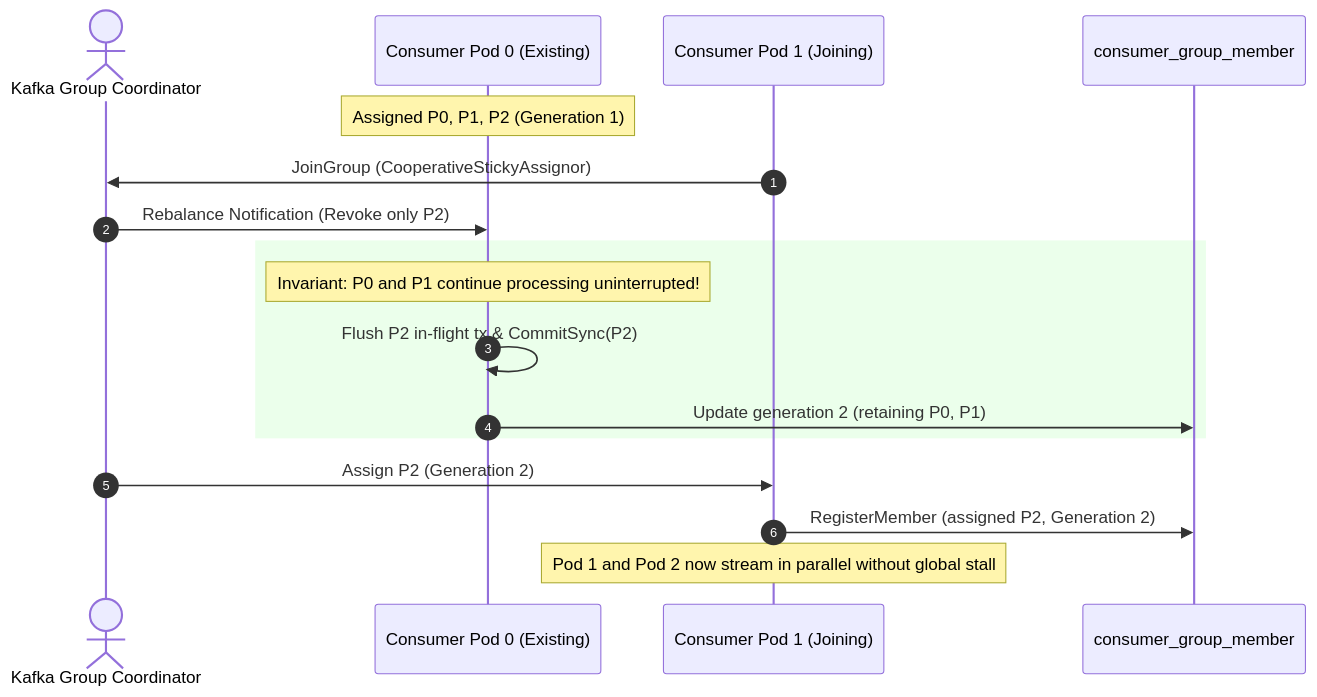
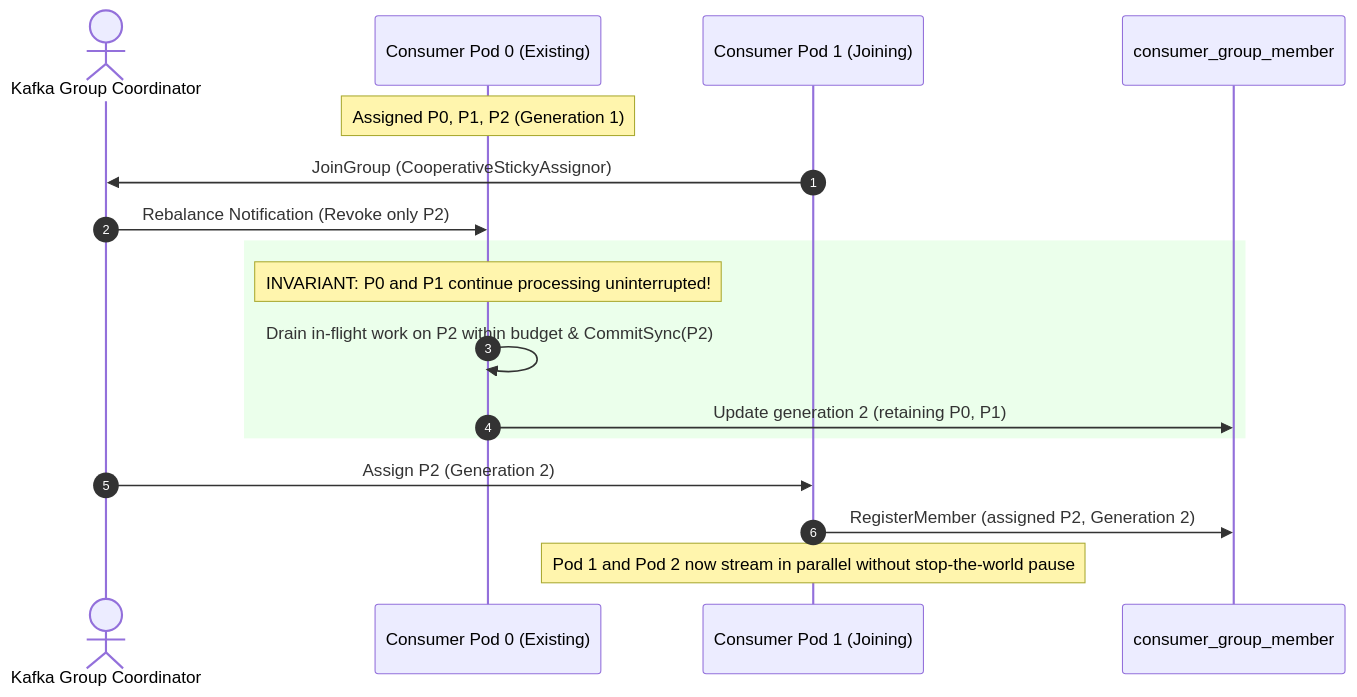
The second of 4 diagrams in docs/features/consumer-groups/adr.md (Chief-Strategist-J/event-driven-platform), drawn with Mermaid before and after one commit. The commit also changed other lines of this file, not shown here.

Commit message:
docs(consumer-groups): enrich ADR with real-world edge cases and incident failure analysis

````diff
--- a/docs/features/consumer-groups/adr.md
+++ b/docs/features/consumer-groups/adr.md
@@ -94,22 +133,22 @@
 ```mermaid
 sequenceDiagram
     autonumber
     actor Coord as Kafka Group Coordinator
     participant Pod1 as Consumer Pod 0 (Existing)
     participant Pod2 as Consumer Pod 1 (Joining)
     participant DB as consumer_group_member
 
     Note over Pod1: Assigned P0, P1, P2 (Generation 1)
     Pod2->>Coord: JoinGroup (CooperativeStickyAssignor)
     Coord->>Pod1: Rebalance Notification (Revoke only P2)
     
     rect rgb(235, 255, 235)
-        Note over Pod1: Invariant: P0 and P1 continue processing uninterrupted!
-        Pod1->>Pod1: Flush P2 in-flight tx & CommitSync(P2)
+        Note over Pod1: INVARIANT: P0 and P1 continue processing uninterrupted!
+        Pod1->>Pod1: Drain in-flight work on P2 within budget & CommitSync(P2)
         Pod1->>DB: Update generation 2 (retaining P0, P1)
     end
 
     Coord->>Pod2: Assign P2 (Generation 2)
     Pod2->>DB: RegisterMember (assigned P2, Generation 2)
-    Note over Pod2: Pod 1 and Pod 2 now stream in parallel without global stall
+    Note over Pod2: Pod 1 and Pod 2 now stream in parallel without stop-the-world pause
 ```
````
